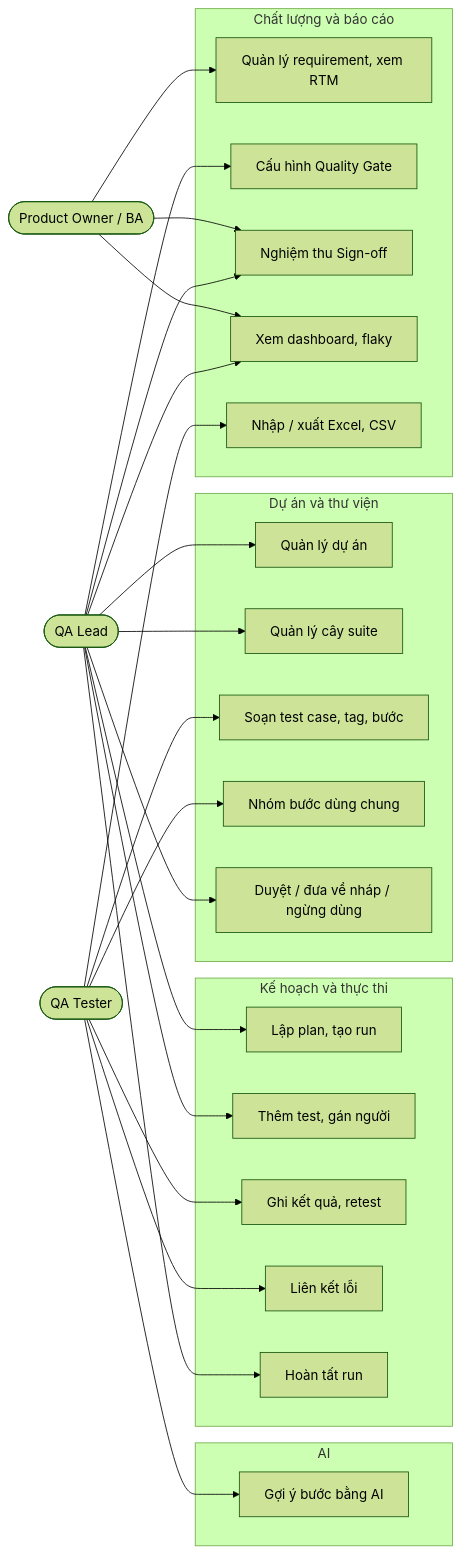
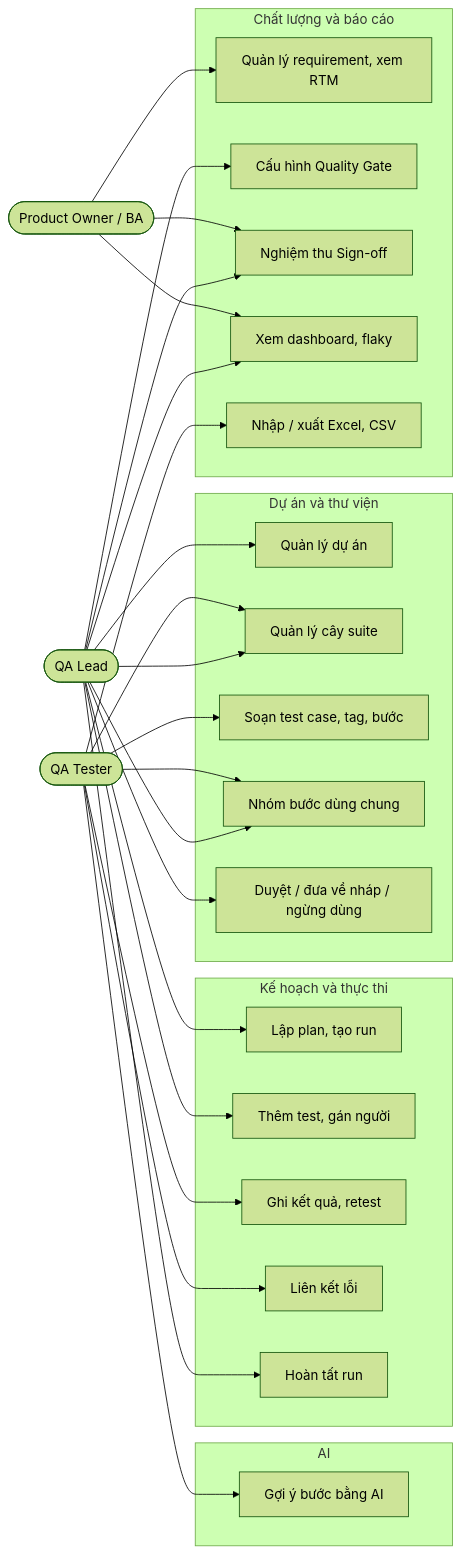
One commit to Huyit2k5/testcase_manager changed diagram 19 of 20 in BUSINESS_ANALYSIS_TEST_CASE_MANAGEMENT.md. Above: the diagram before and after it, drawn with Mermaid (forest theme). The commit also changed other lines of this file and 16 other files, not shown here.

````diff
--- a/BUSINESS_ANALYSIS_TEST_CASE_MANAGEMENT.md
+++ b/BUSINESS_ANALYSIS_TEST_CASE_MANAGEMENT.md
@@ -572,35 +584,35 @@
 ```mermaid
 flowchart LR
     QL(["QA Lead"])
     QT(["QA Tester"])
     PO(["Product Owner / BA"])
 
     subgraph PRJ["Dự án và thư viện"]
         U1["Quản lý dự án"]
         U2["Quản lý cây suite"]
         U3["Soạn test case, tag, bước"]
         U4["Nhóm bước dùng chung"]
         U5["Duyệt / đưa về nháp / ngừng dùng"]
     end
     subgraph EXE["Kế hoạch và thực thi"]
         U6["Lập plan, tạo run"]
         U7["Thêm test, gán người"]
         U8["Ghi kết quả, retest"]
         U9["Liên kết lỗi"]
         U10["Hoàn tất run"]
     end
     subgraph QUA["Chất lượng và báo cáo"]
         U11["Quản lý requirement, xem RTM"]
         U12["Cấu hình Quality Gate"]
         U13["Nghiệm thu Sign-off"]
         U14["Xem dashboard, flaky"]
         U15["Nhập / xuất Excel, CSV"]
     end
     subgraph AUT["AI"]
         U16["Gợi ý bước bằng AI"]
     end
 
-    QL --> U1 & U2 & U5 & U6 & U7 & U10 & U12 & U13 & U14
-    QT --> U3 & U4 & U8 & U9 & U15 & U16
+    QL --> U1 & U2 & U4 & U5 & U6 & U7 & U10 & U12 & U13 & U14
+    QT --> U2 & U3 & U4 & U8 & U9 & U15 & U16
     PO --> U11 & U13 & U14
 ```
````
